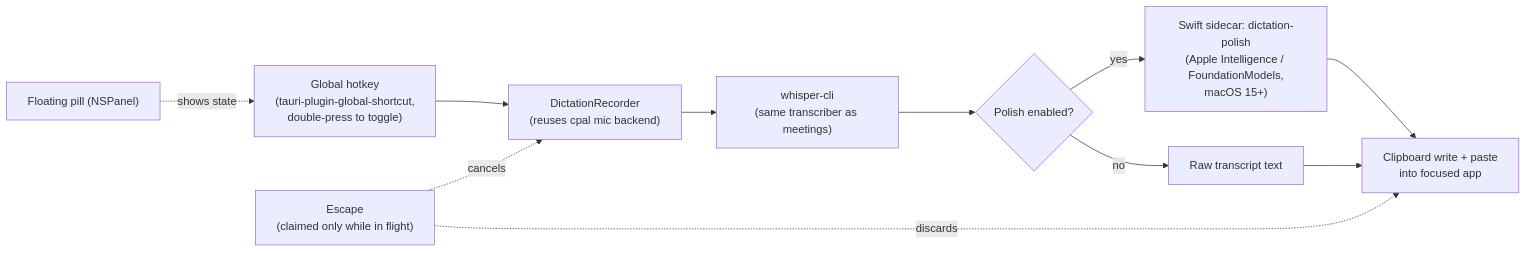
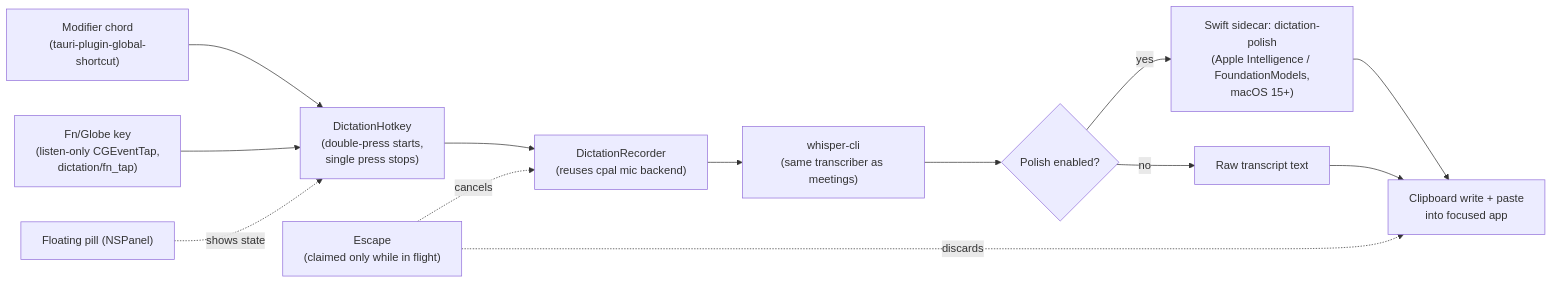
The fifth of 6 diagrams in docs/technical-architecture.md (mandygit/scribe), drawn with Mermaid before and after one commit. The commit also changed other lines of this file and 25 other files, not shown here.

````diff
--- a/docs/technical-architecture.md
+++ b/docs/technical-architecture.md
@@ -329,13 +329,15 @@
 ```mermaid
 flowchart LR
-    Hotkey["Global hotkey\n(tauri-plugin-global-shortcut,\ndouble-press to toggle)"] --> Capture["DictationRecorder\n(reuses cpal mic backend)"]
+    Chord["Modifier chord\n(tauri-plugin-global-shortcut)"] --> Press["DictationHotkey\n(double-press starts,\nsingle press stops)"]
+    FnTap["Fn/Globe key\n(listen-only CGEventTap,\ndictation/fn_tap)"] --> Press
+    Press --> Capture["DictationRecorder\n(reuses cpal mic backend)"]
     Capture --> Whisper2["whisper-cli\n(same transcriber as meetings)"]
     Whisper2 --> Polish{"Polish enabled?"}
     Polish -- yes --> PolishHelper["Swift sidecar: dictation-polish\n(Apple Intelligence / FoundationModels,\nmacOS 15+)"]
     Polish -- no --> Raw["Raw transcript text"]
     PolishHelper --> Inject["Clipboard write + paste\ninto focused app"]
     Raw --> Inject
     Esc["Escape\n(claimed only while in flight)"] -. cancels .-> Capture
     Esc -. discards .-> Inject
-    Pill["Floating pill (NSPanel)"] -. shows state .-> Hotkey
+    Pill["Floating pill (NSPanel)"] -. shows state .-> Press
 ```
````
